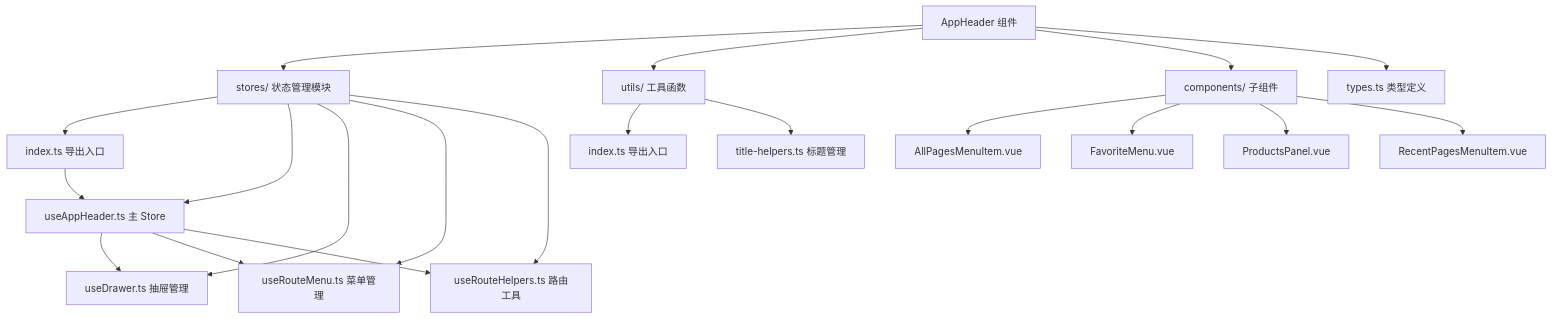
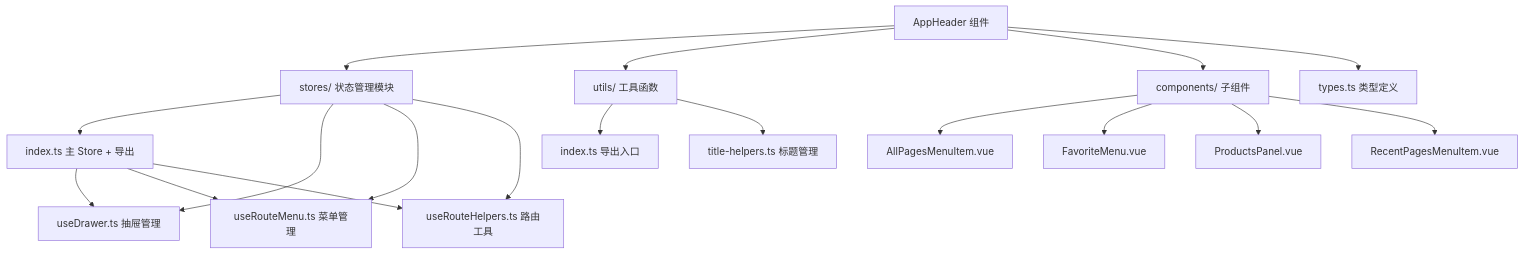
Before and after one commit to lwmacct/250730-vuetifyjs-template: the diagram in src/components/AppHeader/README.md, drawn with Mermaid. The commit also changed other lines of this file and 2 other files, not shown here.

First line of the commit message:
refactor(AppHeader): 简化 stores 结构，合并主 Store 到 index.ts

````diff
--- a/src/components/AppHeader/README.md
+++ b/src/components/AppHeader/README.md
@@ -333,26 +338,24 @@
 ```mermaid
 graph TB
     A[AppHeader 组件] --> B[stores/ 状态管理模块]
     A --> C[utils/ 工具函数]
     A --> D[components/ 子组件]
     A --> E[types.ts 类型定义]
 
-    B --> B1[index.ts 导出入口]
-    B --> B2[useAppHeader.ts 主 Store]
-    B --> B3[useDrawer.ts 抽屉管理]
-    B --> B4[useRouteMenu.ts 菜单管理]
-    B --> B5[useRouteHelpers.ts 路由工具]
+    B --> B1[index.ts 主 Store + 导出]
+    B --> B2[useDrawer.ts 抽屉管理]
+    B --> B3[useRouteMenu.ts 菜单管理]
+    B --> B4[useRouteHelpers.ts 路由工具]
 
     B1 --> B2
-    B2 --> B3
-    B2 --> B4
-    B2 --> B5
+    B1 --> B3
+    B1 --> B4
 
     C --> C1[index.ts 导出入口]
     C --> C2[title-helpers.ts 标题管理]
 
     D --> D1[AllPagesMenuItem.vue]
     D --> D2[FavoriteMenu.vue]
     D --> D3[ProductsPanel.vue]
     D --> D4[RecentPagesMenuItem.vue]
 ```
````
